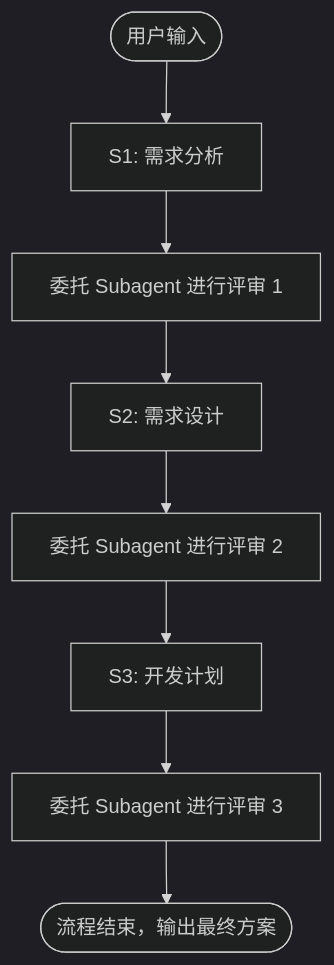
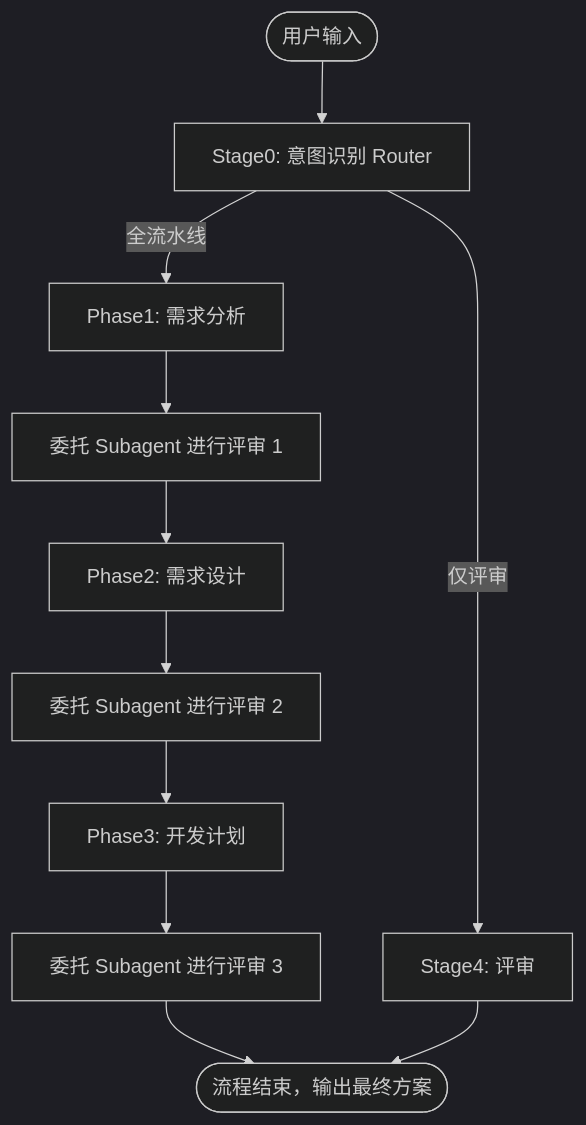
One commit to aiimoyu/hyper-designer changed the diagram in src/builtin/skills/requirements-designer/SKILL.md. Above: the diagram before and after it, drawn with Mermaid (dark theme). The commit also changed other lines of this file and 21 other files, not shown here.

````diff
--- a/src/builtin/skills/requirements-designer/SKILL.md
+++ b/src/builtin/skills/requirements-designer/SKILL.md
@@ -59,10 +63,13 @@
 ```mermaid
 flowchart TD
-    Start([用户输入]) --> P1[S1: 需求分析]
+    Start([用户输入]) --> R0[Stage0: 意图识别 Router]
+    R0 -->|"全流水线"| P1[Phase1: 需求分析]
+    R0 -->|"仅评审"| Rev[Stage4: 评审]
     P1 --> R1[委托 Subagent 进行评审 1]
-    R1 --> P2[S2: 需求设计]
+    R1 --> P2[Phase2: 需求设计]
     P2 --> R2[委托 Subagent 进行评审 2]
-    R2 --> P3[S3: 开发计划]
+    R2 --> P3[Phase3: 开发计划]
     P3 --> R3[委托 Subagent 进行评审 3]
     R3 --> End([流程结束，输出最终方案])
+    Rev --> End
 ```
````
